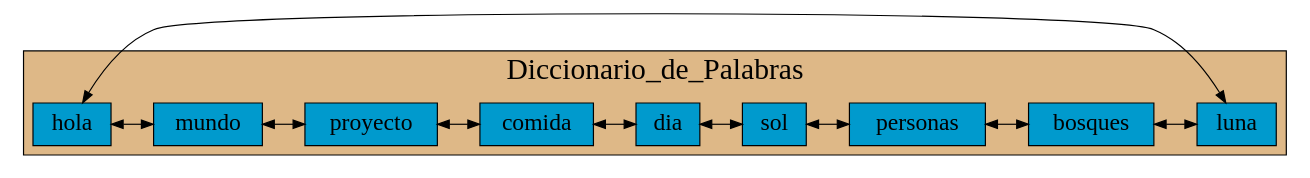
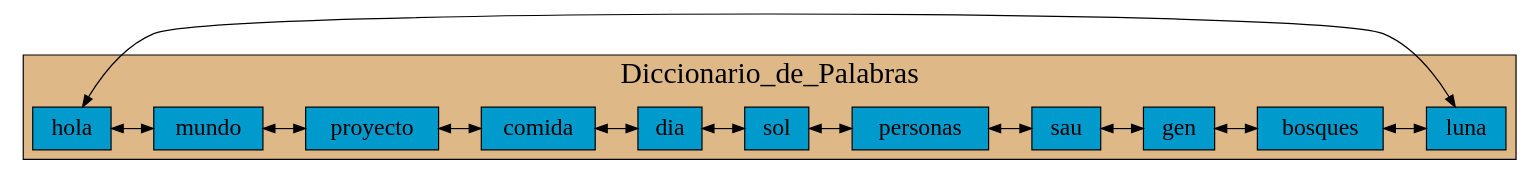
The diagram in Graficas/LCD_Diccionario.dot (mariotun/EDD_1S2020_PY1_201602942), drawn with Graphviz before and after one commit. The commit also changed 14 other files, not shown here.

```diff
--- a/Graficas/LCD_Diccionario.dot
+++ b/Graficas/LCD_Diccionario.dot
@@ -1,42 +1,46 @@
 digraph Lista_Doble{
 
 graph[ranksep= "0.5",nodesep= "0.5"];
 node[fontcolor=black shape=box style=filled fillcolor=deepskyblue3 fontsize=20];
 
 subgraph cluster_1 {
 
 fontname=algerian
 fontsize=25;
 label="Diccionario_de_Palabras";
 fontcolor=black
 style=filled
 fillcolor=burlywood
 labelloc=t;{rank=same;
-25770492192[label=" hola"];
-25770492224[label=" mundo"];
-25770492256[label=" proyecto"];
-25770492288[label=" comida"];
-25770492320[label=" dia"];
-25770492352[label=" sol"];
-25770492384[label=" personas"];
-25770492416[label=" bosques"];
-25770492448[label=" luna"];
+25770493040[label=" hola"];
+25770493072[label=" mundo"];
+25770493104[label=" proyecto"];
+25770493136[label=" comida"];
+25770493168[label=" dia"];
+25770493200[label=" sol"];
+25770493232[label=" personas"];
+25770493264[label=" sau"];
+25770493296[label=" gen"];
+25770493328[label=" bosques"];
+25770493360[label=" luna"];
 };
 
-25770492192->
-25770492224->
-25770492256->
-25770492288->
-25770492320->
-25770492352->
-25770492384->
-25770492416->
-25770492448[dir=both color=black];
+25770493040->
+25770493072->
+25770493104->
+25770493136->
+25770493168->
+25770493200->
+25770493232->
+25770493264->
+25770493296->
+25770493328->
+25770493360[dir=both color=black];
 
 
-25770492192->25770492448
+25770493040->25770493360
 [dir=both color=black];
 
  }
 
 }
```
